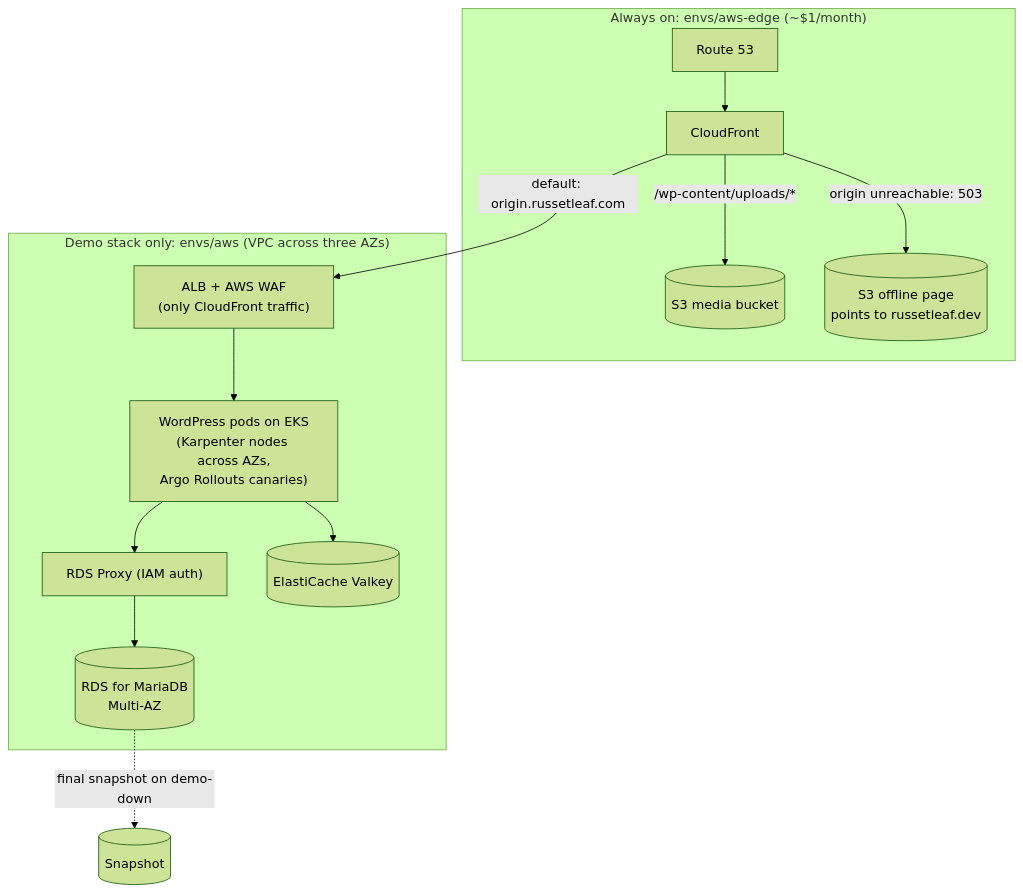
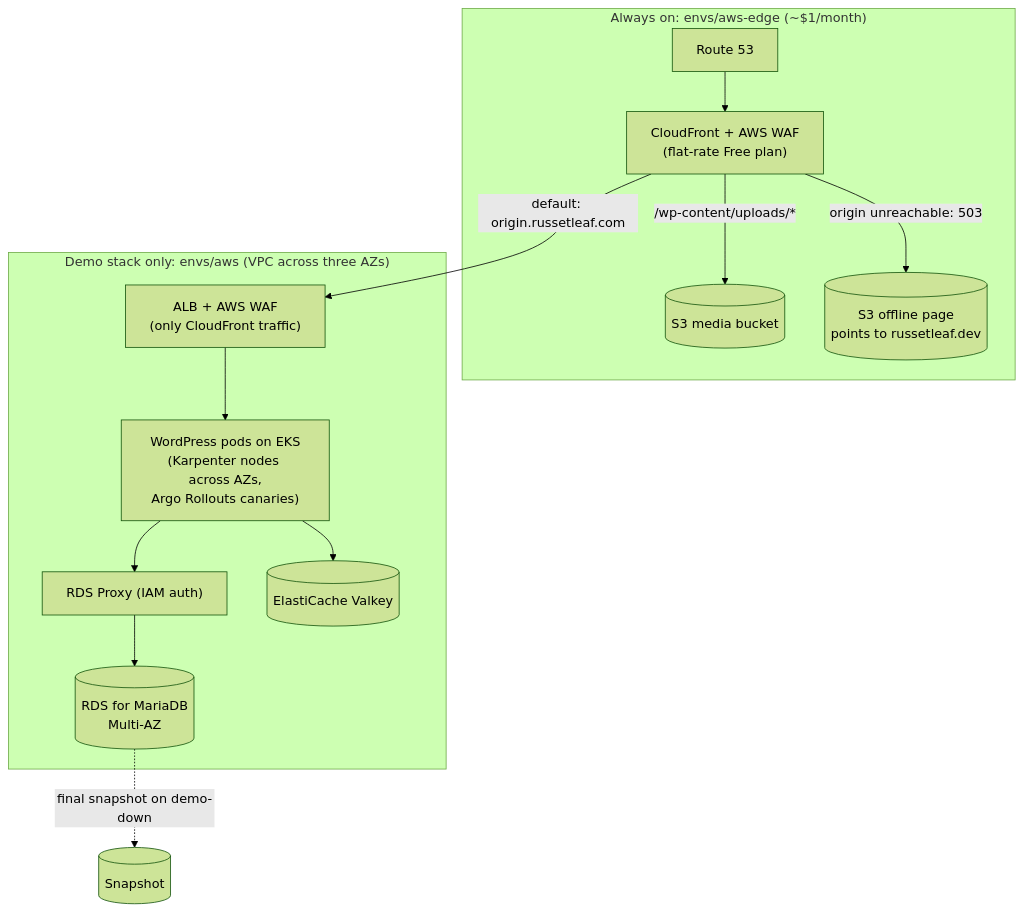
One commit to russetleaf/russetleaf-docs changed the second of 3 diagrams in docs/phase-3-russetleaf-com/design.md. Above: the diagram before and after it, drawn with Mermaid (forest theme). The commit also changed other lines of this file and 7 other files, not shown here.

First line of the commit message:
ADR 3009: WAF at the CloudFront edge on the flat-rate Free plan

````diff
--- a/docs/phase-3-russetleaf-com/design.md
+++ b/docs/phase-3-russetleaf-com/design.md
@@ -36,15 +36,15 @@
 ```mermaid
 flowchart TB
   subgraph edge["Always on: envs/aws-edge (~$1/month)"]
-    r53["Route 53"] --> cf["CloudFront"]
+    r53["Route 53"] --> cf["CloudFront + AWS WAF<br/>(flat-rate Free plan)"]
     cf -->|"/wp-content/uploads/*"| media[("S3 media bucket")]
     cf -->|"origin unreachable: 503"| offline[("S3 offline page<br/>points to russetleaf.dev")]
   end
   subgraph demo["Demo stack only: envs/aws (VPC across three AZs)"]
     alb["ALB + AWS WAF<br/>(only CloudFront traffic)"] --> wp["WordPress pods on EKS<br/>(Karpenter nodes across AZs,<br/>Argo Rollouts canaries)"]
     wp --> proxy["RDS Proxy (IAM auth)"] --> rds[("RDS for MariaDB<br/>Multi-AZ")]
     wp --> cache[("ElastiCache Valkey")]
   end
   cf -->|"default: origin.russetleaf.com"| alb
   rds -.->|"final snapshot on demo-down"| snap[("Snapshot")]
 ```
````
